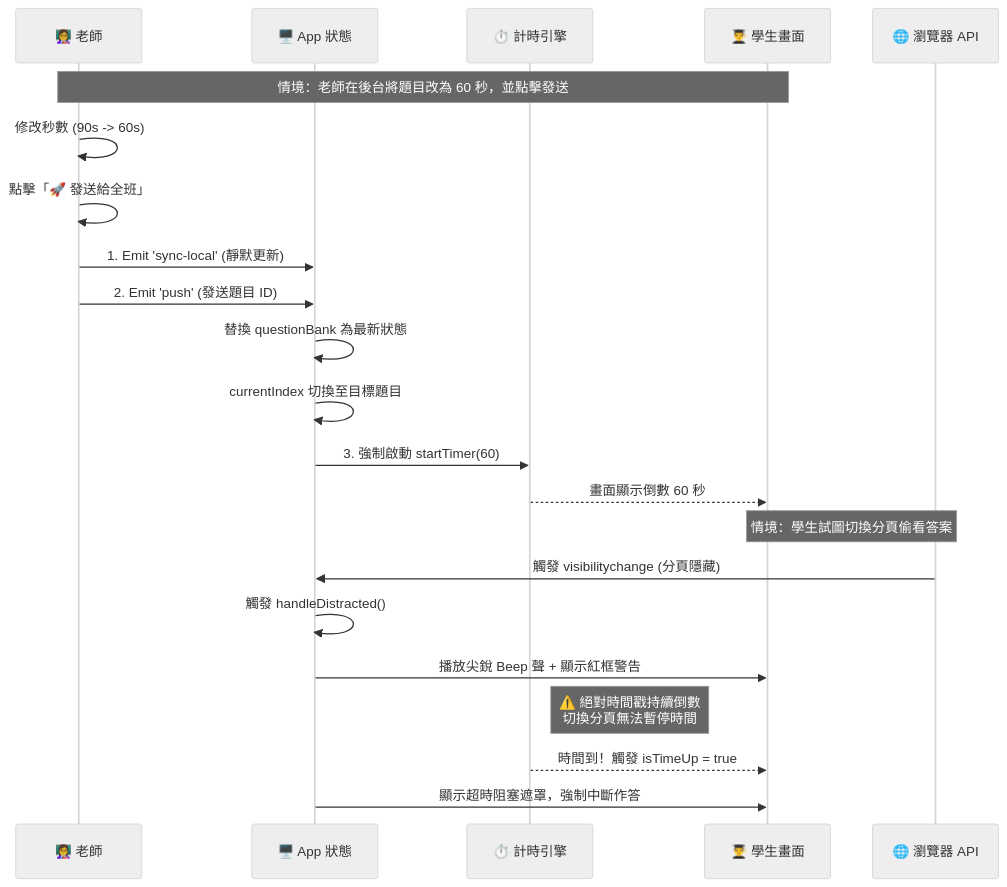
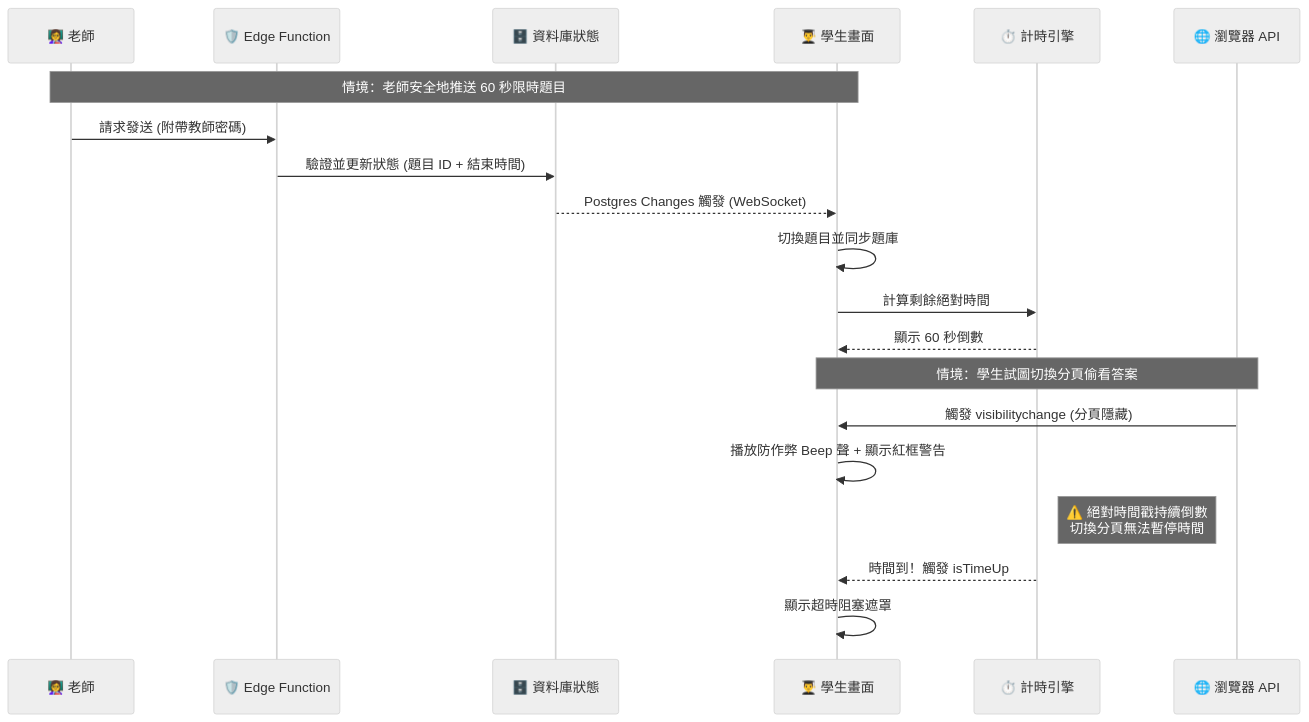
One commit to ylin3-learner/anime-character-hunter-lite changed the third of 3 diagrams in README.zh-TW.md. Above: the diagram before and after it, drawn with Mermaid (neutral theme). The commit also changed other lines of this file and 1 other file, not shown here.

````diff
--- a/README.zh-TW.md
+++ b/README.zh-TW.md
@@ -126,30 +129,27 @@
 ```mermaid
 sequenceDiagram
     participant T as 👩‍🏫 老師
-    participant A as 🖥️ App 狀態
+    participant EF as 🛡️ Edge Function
+    participant DB as 🗄️ 資料庫狀態
+    participant S as 👨‍🎓 學生畫面
     participant Timer as ⏱️ 計時引擎
-    participant S as 👨‍🎓 學生畫面
     participant Browser as 🌐 瀏覽器 API
 
-    Note over T,S: 情境：老師在後台將題目改為 60 秒，並點擊發送
+    Note over T,S: 情境：老師安全地推送 60 秒限時題目
     
-    T->>T: 修改秒數 (90s -> 60s)
-    T->>T: 點擊「🚀 發送給全班」
-    T->>A: 1. Emit 'sync-local' (靜默更新)
-    T->>A: 2. Emit 'push' (發送題目 ID)
-    
-    A->>A: 替換 questionBank 為最新狀態
-    A->>A: currentIndex 切換至目標題目
-    A->>Timer: 3. 強制啟動 startTimer(60)
-    Timer-->>S: 畫面顯示倒數 60 秒
+    T->>EF: 請求發送 (附帶教師密碼)
+    EF->>DB: 驗證並更新狀態 (題目 ID + 結束時間)
+    DB-->>S: Postgres Changes 觸發 (WebSocket)
+    S->>S: 切換題目並同步題庫
+    S->>Timer: 計算剩餘絕對時間
+    Timer-->>S: 顯示 60 秒倒數
 
     Note over S,Browser: 情境：學生試圖切換分頁偷看答案
     
-    Browser->>A: 觸發 visibilitychange (分頁隱藏)
-    A->>A: 觸發 handleDistracted()
-    A->>S: 播放尖銳 Beep 聲 + 顯示紅框警告
+    Browser->>S: 觸發 visibilitychange (分頁隱藏)
+    S->>S: 播放防作弊 Beep 聲 + 顯示紅框警告
     Note right of Timer: ⚠️ 絕對時間戳持續倒數<br>切換分頁無法暫停時間
     
-    Timer-->>S: 時間到！觸發 isTimeUp = true
-    A->>S: 顯示超時阻塞遮罩，強制中斷作答
+    Timer-->>S: 時間到！觸發 isTimeUp
+    S->>S: 顯示超時阻塞遮罩
 ```
````
